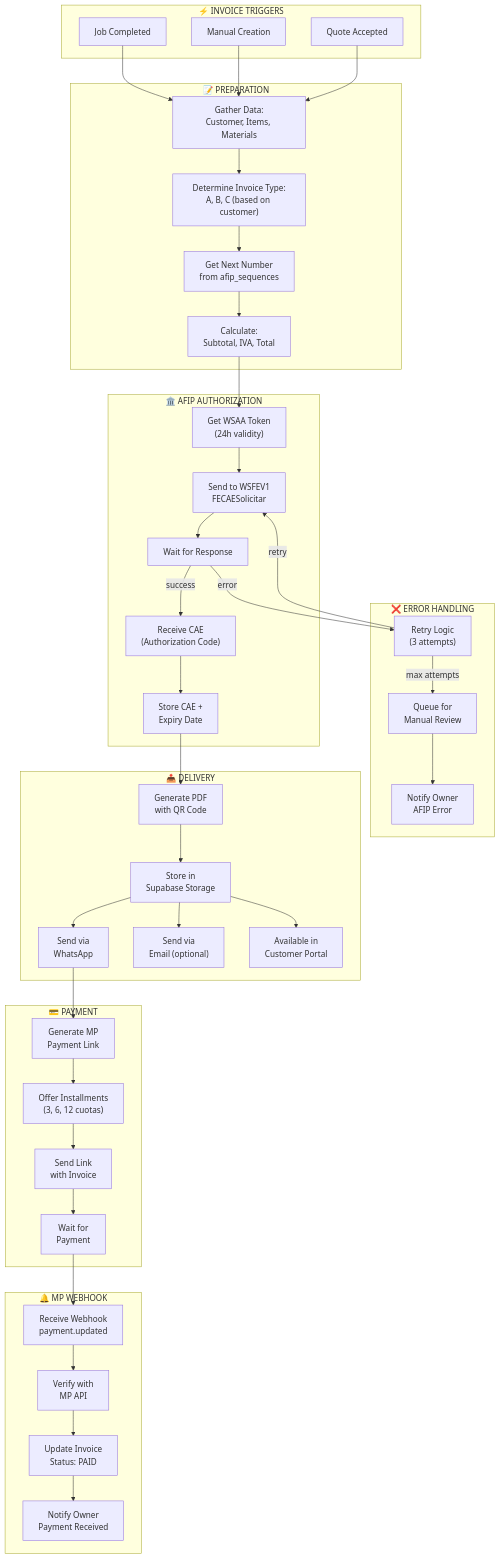
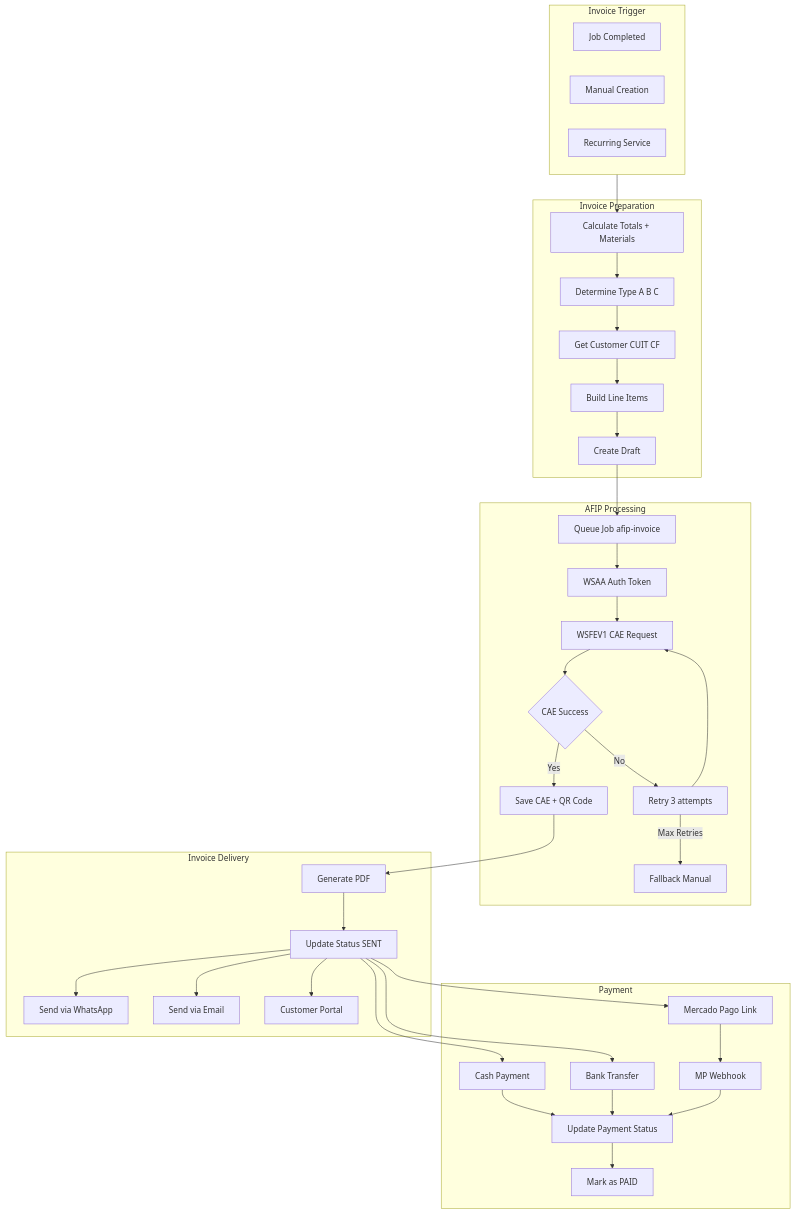
One commit to leftonspace/CampoTech changed the sixth of 9 diagrams in architecture/campotech-complete-system-architecture.md. Above: the diagram before and after it, drawn with Mermaid. The commit also changed other lines of this file, not shown here.

First line of the commit message:
docs: complete CampoTech system architecture documentation

````diff
--- a/architecture/campotech-complete-system-architecture.md
+++ b/architecture/campotech-complete-system-architecture.md
@@ -634,91 +674,56 @@
 ```mermaid
 flowchart TB
-    subgraph TRIGGER["⚡ INVOICE TRIGGERS"]
-        TRIG_COMPLETE["Job Completed"]
-        TRIG_MANUAL["Manual Creation"]
-        TRIG_QUOTE["Quote Accepted"]
+    subgraph Trigger ["Invoice Trigger"]
+        JOB_DONE["Job Completed"]
+        MANUAL["Manual Creation"]
+        RECURRING["Recurring Service"]
     end
 
-    subgraph PREPARE["📝 PREPARATION"]
-        PREP_DATA["Gather Data:<br/>Customer, Items, Materials"]
-        PREP_TYPE["Determine Invoice Type:<br/>A, B, C (based on customer)"]
-        PREP_SEQ["Get Next Number<br/>from afip_sequences"]
-        PREP_CALC["Calculate:<br/>Subtotal, IVA, Total"]
+    subgraph Prepare ["Invoice Preparation"]
+        CALC["Calculate Totals + Materials"]
+        TYPE["Determine Type A B C"]
+        CUSTOMER["Get Customer CUIT CF"]
+        ITEMS["Build Line Items"]
+        DRAFT["Create Draft"]
     end
 
-    subgraph AFIP_FLOW["🏛️ AFIP AUTHORIZATION"]
-        AFIP_TOKEN["Get WSAA Token<br/>(24h validity)"]
-        AFIP_REQ["Send to WSFEV1<br/>FECAESolicitar"]
-        AFIP_WAIT["Wait for Response"]
-        AFIP_CAE["Receive CAE<br/>(Authorization Code)"]
-        AFIP_STORE["Store CAE +<br/>Expiry Date"]
+    subgraph AFIP ["AFIP Processing"]
+        QUEUE_AFIP["Queue Job afip-invoice"]
+        WSAA["WSAA Auth Token"]
+        WSFEV1["WSFEV1 CAE Request"]
+        CAE_OK{"CAE Success"}
+        SAVE_CAE["Save CAE + QR Code"]
+        RETRY["Retry 3 attempts"]
+        FALLBACK["Fallback Manual"]
     end
 
-    subgraph ERRORS["❌ ERROR HANDLING"]
-        ERR_RETRY["Retry Logic<br/>(3 attempts)"]
-        ERR_QUEUE["Queue for<br/>Manual Review"]
-        ERR_NOTIFY["Notify Owner<br/>AFIP Error"]
+    subgraph Delivery ["Invoice Delivery"]
+        PDF["Generate PDF"]
+        STATUS["Update Status SENT"]
+        WA_SEND["Send via WhatsApp"]
+        EMAIL["Send via Email"]
+        PORTAL["Customer Portal"]
     end
 
-    subgraph DELIVERY["📤 DELIVERY"]
-        DEL_PDF["Generate PDF<br/>with QR Code"]
-        DEL_STORE["Store in<br/>Supabase Storage"]
-        DEL_WA["Send via<br/>WhatsApp"]
-        DEL_EMAIL["Send via<br/>Email (optional)"]
-        DEL_PORTAL["Available in<br/>Customer Portal"]
+    subgraph Payment ["Payment"]
+        CASH["Cash Payment"]
+        TRANSFER["Bank Transfer"]
+        MP_LINK["Mercado Pago Link"]
+        MP_WH["MP Webhook"]
+        UPDATE_PAY["Update Payment Status"]
+        PAID["Mark as PAID"]
     end
 
-    subgraph PAYMENT["💳 PAYMENT"]
-        PAY_LINK["Generate MP<br/>Payment Link"]
-        PAY_INSTALL["Offer Installments<br/>(3, 6, 12 cuotas)"]
-        PAY_SEND["Send Link<br/>with Invoice"]
-        PAY_WAIT["Wait for<br/>Payment"]
-    end
+    Trigger --> CALC --> TYPE --> CUSTOMER --> ITEMS --> DRAFT
 
-    subgraph MP_WEBHOOK["🔔 MP WEBHOOK"]
-        MP_RECV["Receive Webhook<br/>payment.updated"]
-        MP_VERIFY["Verify with<br/>MP API"]
-        MP_UPDATE["Update Invoice<br/>Status: PAID"]
-        MP_NOTIFY["Notify Owner<br/>Payment Received"]
-    end
+    DRAFT --> QUEUE_AFIP --> WSAA --> WSFEV1 --> CAE_OK
+    CAE_OK -->|Yes| SAVE_CAE --> PDF
+    CAE_OK -->|No| RETRY --> WSFEV1
+    RETRY -->|Max Retries| FALLBACK
 
-    %% Triggers
-    TRIG_COMPLETE --> PREP_DATA
-    TRIG_MANUAL --> PREP_DATA
-    TRIG_QUOTE --> PREP_DATA
+    PDF --> STATUS --> WA_SEND & EMAIL & PORTAL
 
-    %% Preparation
-    PREP_DATA --> PREP_TYPE
-    PREP_TYPE --> PREP_SEQ
-    PREP_SEQ --> PREP_CALC
-
-    %% AFIP
-    PREP_CALC --> AFIP_TOKEN
-    AFIP_TOKEN --> AFIP_REQ
-    AFIP_REQ --> AFIP_WAIT
-    AFIP_WAIT -->|success| AFIP_CAE
-    AFIP_WAIT -->|error| ERR_RETRY
-    ERR_RETRY -->|retry| AFIP_REQ
-    ERR_RETRY -->|max attempts| ERR_QUEUE
-    ERR_QUEUE --> ERR_NOTIFY
-    AFIP_CAE --> AFIP_STORE
-
-    %% Delivery
-    AFIP_STORE --> DEL_PDF
-    DEL_PDF --> DEL_STORE
-    DEL_STORE --> DEL_WA
-    DEL_STORE --> DEL_EMAIL
-    DEL_STORE --> DEL_PORTAL
-
-    %% Payment
-    DEL_WA --> PAY_LINK
-    PAY_LINK --> PAY_INSTALL
-    PAY_INSTALL --> PAY_SEND
-    PAY_SEND --> PAY_WAIT
-
-    %% MP Webhook
-    PAY_WAIT --> MP_RECV
-    MP_RECV --> MP_VERIFY
-    MP_VERIFY --> MP_UPDATE
-    MP_UPDATE --> MP_NOTIFY
+    STATUS --> CASH & TRANSFER & MP_LINK
+    CASH & TRANSFER --> UPDATE_PAY --> PAID
+    MP_LINK --> MP_WH --> UPDATE_PAY
 ```
````
